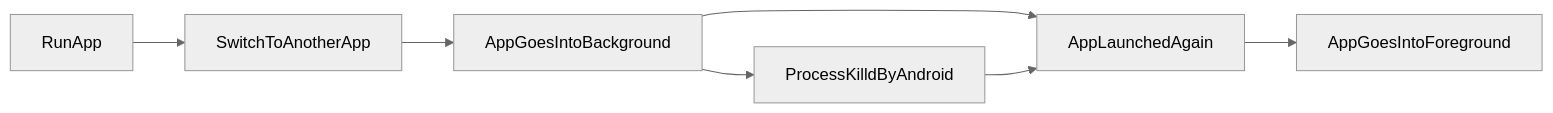
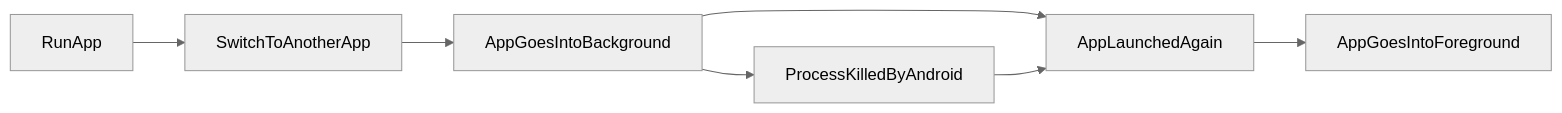
One commit to galex/galex.github.io changed the fourth of 4 diagrams in _posts/2024-03-28-process-death-is-the-rule-not-the-exception.md. Above: the diagram before and after it, drawn with Mermaid (neutral theme). The commit also changed other lines of this file, not shown here.

Commit message:
fix some sentences in post about process death

````diff
--- a/_posts/2024-03-28-process-death-is-the-rule-not-the-exception.md
+++ b/_posts/2024-03-28-process-death-is-the-rule-not-the-exception.md
@@ -43,7 +43,7 @@
 ```mermaid
 flowchart LR
   RunApp --> SwitchToAnotherApp --> AppGoesIntoBackground
   AppGoesIntoBackground --> AppLaunchedAgain
-  AppGoesIntoBackground --> ProcessKilldByAndroid --> AppLaunchedAgain
+  AppGoesIntoBackground --> ProcessKilledByAndroid --> AppLaunchedAgain
   AppLaunchedAgain --> AppGoesIntoForeground
 ```
````
